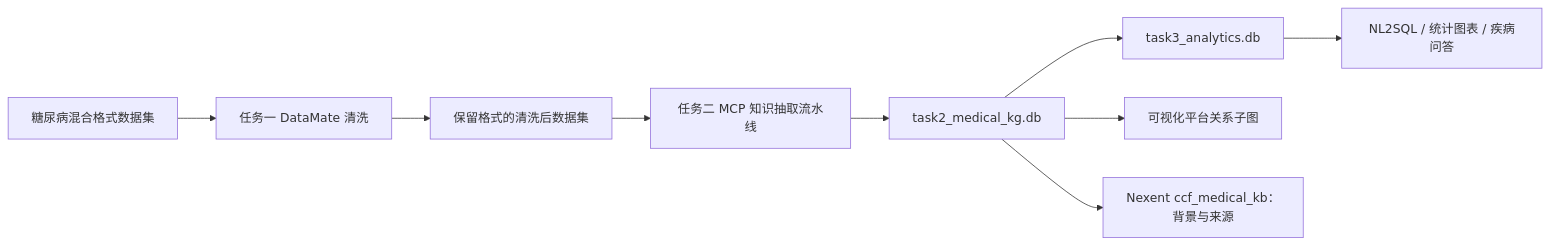
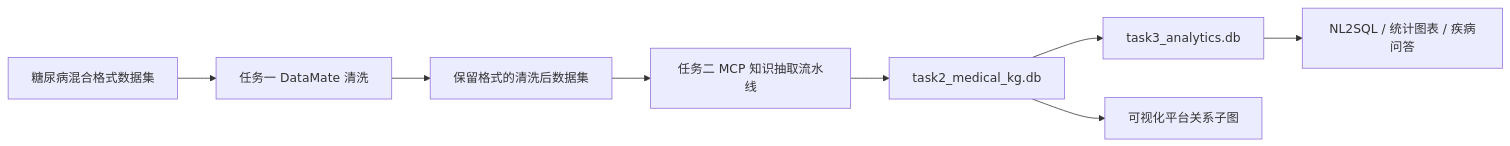
One commit to Amanon-666/medical-agent changed the diagram in docs/ARCHITECTURE_AND_IMPLEMENTATION.md. Above: the diagram before and after it, drawn with Mermaid. The commit also changed other lines of this file and 23 other files, not shown here.

````diff
--- a/docs/ARCHITECTURE_AND_IMPLEMENTATION.md
+++ b/docs/ARCHITECTURE_AND_IMPLEMENTATION.md
@@ -141,11 +146,10 @@
 ```mermaid
 flowchart LR
     A["糖尿病混合格式数据集"] --> B["任务一 DataMate 清洗"]
     B --> C["保留格式的清洗后数据集"]
     C --> D["任务二 MCP 知识抽取流水线"]
     D --> E["task2_medical_kg.db"]
     E --> F["task3_analytics.db"]
     E --> G["可视化平台关系子图"]
-    E --> H["Nexent ccf_medical_kb：背景与来源"]
-    F --> I["NL2SQL / 统计图表 / 疾病问答"]
+    F --> H["NL2SQL / 统计图表 / 疾病问答"]
 ```
````
